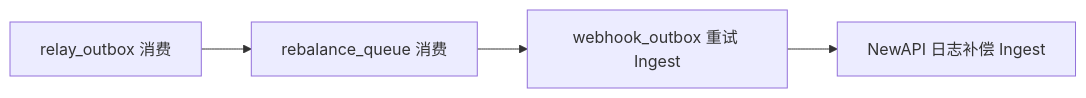
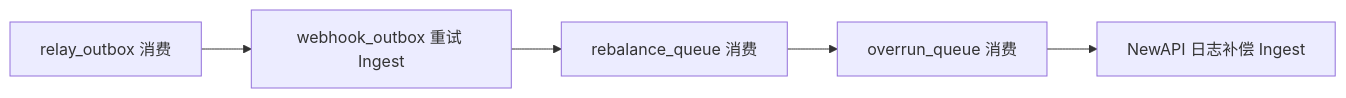
Before and after one commit to quyip8818/mytokenjoy: the fourth of 5 diagrams in docs/Backend-预算运作.md, drawn with Mermaid. The commit also changed other lines of this file and 108 other files, not shown here.

````diff
--- a/docs/Backend-预算运作.md
+++ b/docs/Backend-预算运作.md
@@ -362,6 +365,7 @@
 ```mermaid
 flowchart LR
-  A[relay_outbox 消费] --> B[rebalance_queue 消费]
-  B --> C[webhook_outbox 重试 Ingest]
-  C --> D[NewAPI 日志补偿 Ingest]
+  A[relay_outbox 消费] --> B[webhook_outbox 重试 Ingest]
+  B --> C[rebalance_queue 消费]
+  C --> D[overrun_queue 消费]
+  D --> E[NewAPI 日志补偿 Ingest]
 ```
````
